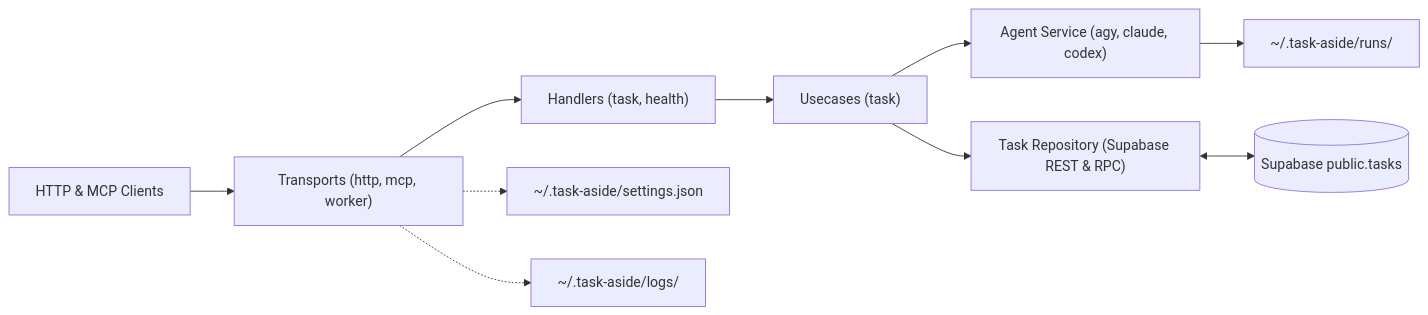
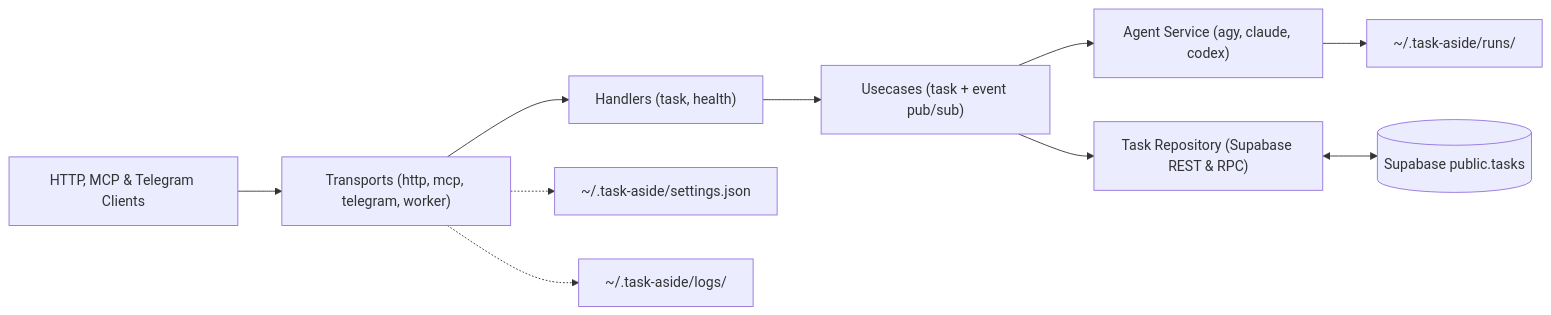
One commit to anlew2k2/task-aside changed the diagram in docs/architecture.md. Above: the diagram before and after it, drawn with Mermaid. The commit also changed other lines of this file and 21 other files, not shown here.

````diff
--- a/docs/architecture.md
+++ b/docs/architecture.md
@@ -7,12 +7,12 @@
 ```mermaid
 flowchart LR
-  Clients["HTTP & MCP Clients"] --> Transports["Transports (http, mcp, worker)"]
+  Clients["HTTP, MCP & Telegram Clients"] --> Transports["Transports (http, mcp, telegram, worker)"]
   Transports --> Handlers["Handlers (task, health)"]
-  Handlers --> Usecases["Usecases (task)"]
+  Handlers --> Usecases["Usecases (task + event pub/sub)"]
   Usecases --> AgentSvc["Agent Service (agy, claude, codex)"]
   Usecases --> TaskRepo["Task Repository (Supabase REST & RPC)"]
   TaskRepo <--> Supabase[("Supabase public.tasks")]
   AgentSvc --> RunsDir["~/.task-aside/runs/"]
   Transports -.-> Settings["~/.task-aside/settings.json"]
   Transports -.-> LogsDir["~/.task-aside/logs/"]
 ```
````
